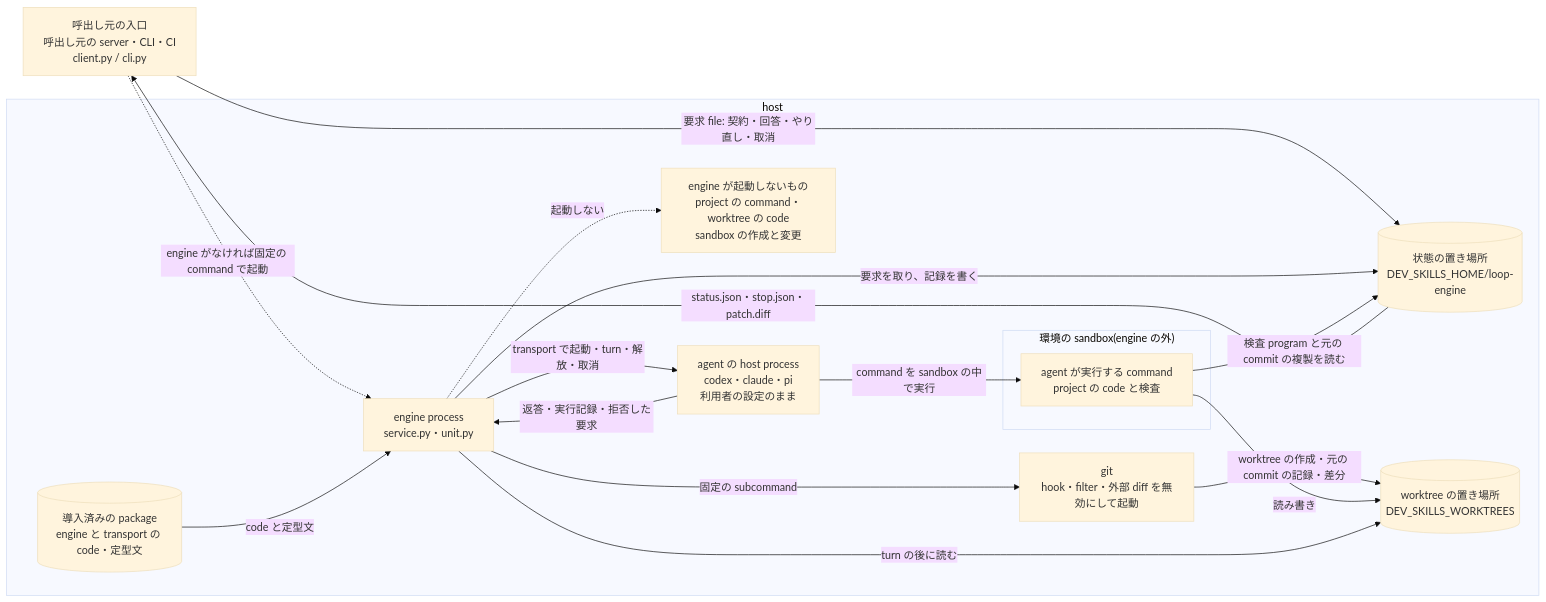
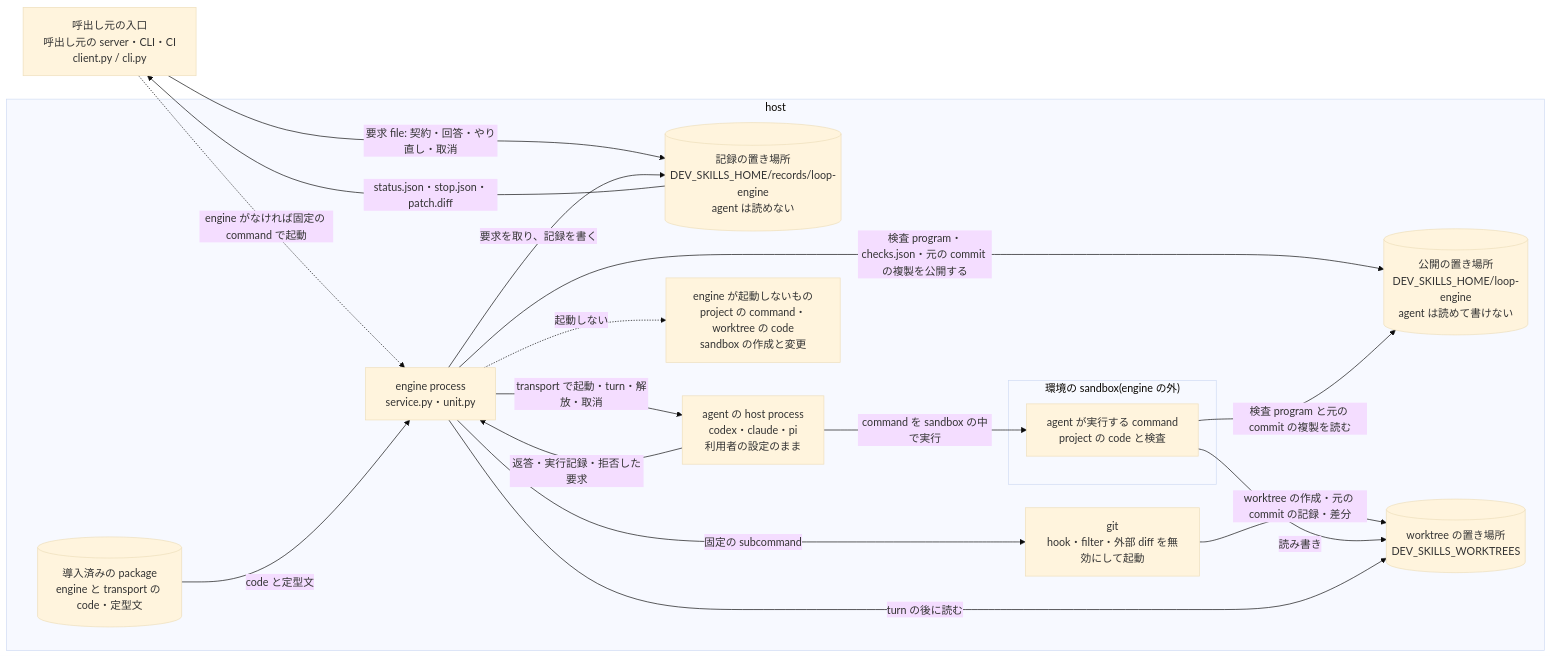
Before and after one commit to takezoh/loop-engine: the first of 8 diagrams in ARCHITECTURE.md, drawn with Mermaid (base theme). The commit also changed other lines of this file and 29 other files, not shown here.

````diff
--- a/ARCHITECTURE.md
+++ b/ARCHITECTURE.md
@@ -9,30 +9,32 @@
 ```mermaid
 flowchart LR
   Entry["呼出し元の入口<br/>呼出し元の server・CLI・CI<br/>client.py / cli.py"]
   subgraph HostG["host"]
     Engine["engine process<br/>service.py・unit.py"]
     Git["git<br/>hook・filter・外部 diff を無効にして起動"]
-    Home[("状態の置き場所<br/>DEV_SKILLS_HOME/loop-engine")]
+    Home[("記録の置き場所<br/>DEV_SKILLS_HOME/records/loop-engine<br/>agent は読めない")]
+    Pub[("公開の置き場所<br/>DEV_SKILLS_HOME/loop-engine<br/>agent は読めて書けない")]
     Trees[("worktree の置き場所<br/>DEV_SKILLS_WORKTREES")]
     Pkg[("導入済みの package<br/>engine と transport の code・定型文")]
     AgentHost["agent の host process<br/>codex・claude・pi<br/>利用者の設定のまま"]
     subgraph SandboxG["環境の sandbox(engine の外)"]
       Work["agent が実行する command<br/>project の code と検査"]
     end
     Never["engine が起動しないもの<br/>project の command・worktree の code<br/>sandbox の作成と変更"]
   end
   Entry -->|"要求 file: 契約・回答・やり直し・取消"| Home
   Home -->|"status.json・stop.json・patch.diff"| Entry
   Entry -.->|"engine がなければ固定の command で起動"| Engine
   Engine -->|"要求を取り、記録を書く"| Home
+  Engine -->|"検査 program・checks.json・元の commit の複製を公開する"| Pub
   Pkg -->|"code と定型文"| Engine
   Engine -->|"固定の subcommand"| Git
   Git -->|"worktree の作成・元の commit の記録・差分"| Trees
   Engine -->|"transport で起動・turn・解放・取消"| AgentHost
   AgentHost -->|"返答・実行記録・拒否した要求"| Engine
   AgentHost -->|"command を sandbox の中で実行"| Work
   Work -->|"読み書き"| Trees
-  Work -->|"検査 program と元の commit の複製を読む"| Home
+  Work -->|"検査 program と元の commit の複製を読む"| Pub
   Engine -->|"turn の後に読む"| Trees
   Engine -.->|"起動しない"| Never
 ```
````
